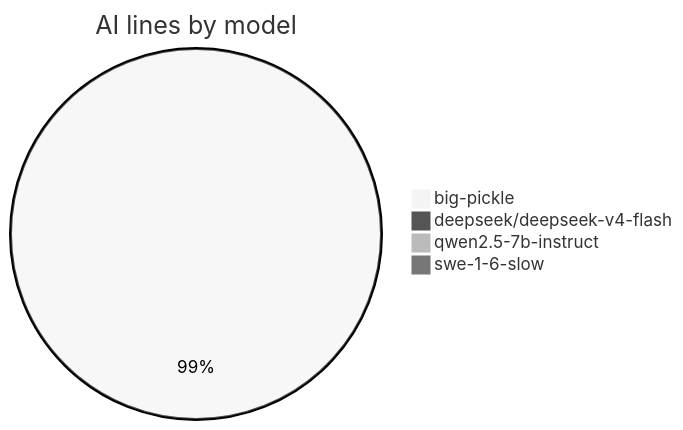
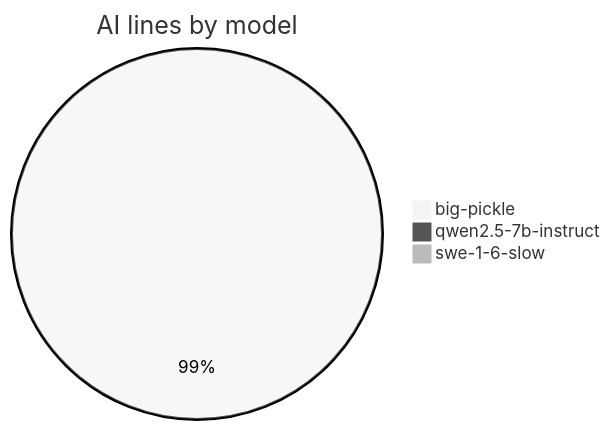
One commit to CaliMark/game-of-life changed the fourth of 5 diagrams in AI-AUTHORSHIP.md. Above: the diagram before and after it, drawn with Mermaid (neutral theme). The commit also changed other lines of this file and 1 other file, not shown here.

````diff
--- a/AI-AUTHORSHIP.md
+++ b/AI-AUTHORSHIP.md
@@ -51,7 +48,6 @@
 ```mermaid
 pie title AI lines by model
     "big-pickle" : 606
-    "deepseek/deepseek-v4-flash" : 1
     "qwen2.5-7b-instruct" : 3
     "swe-1-6-slow" : 2
 ```
````
